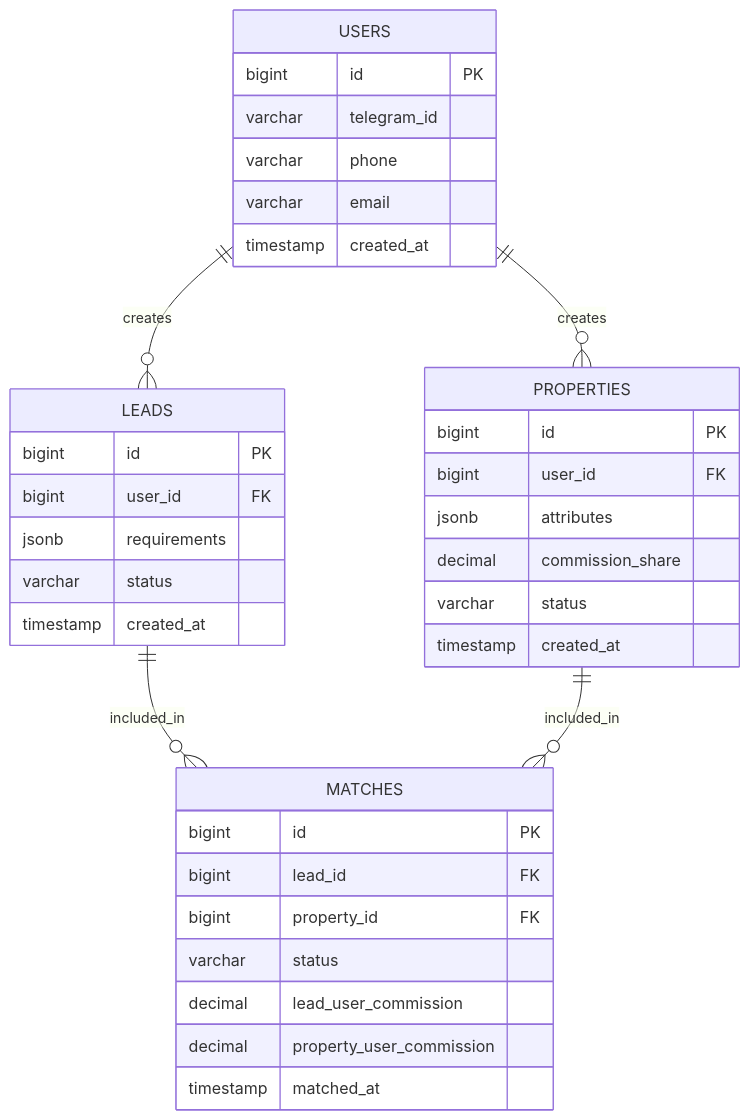
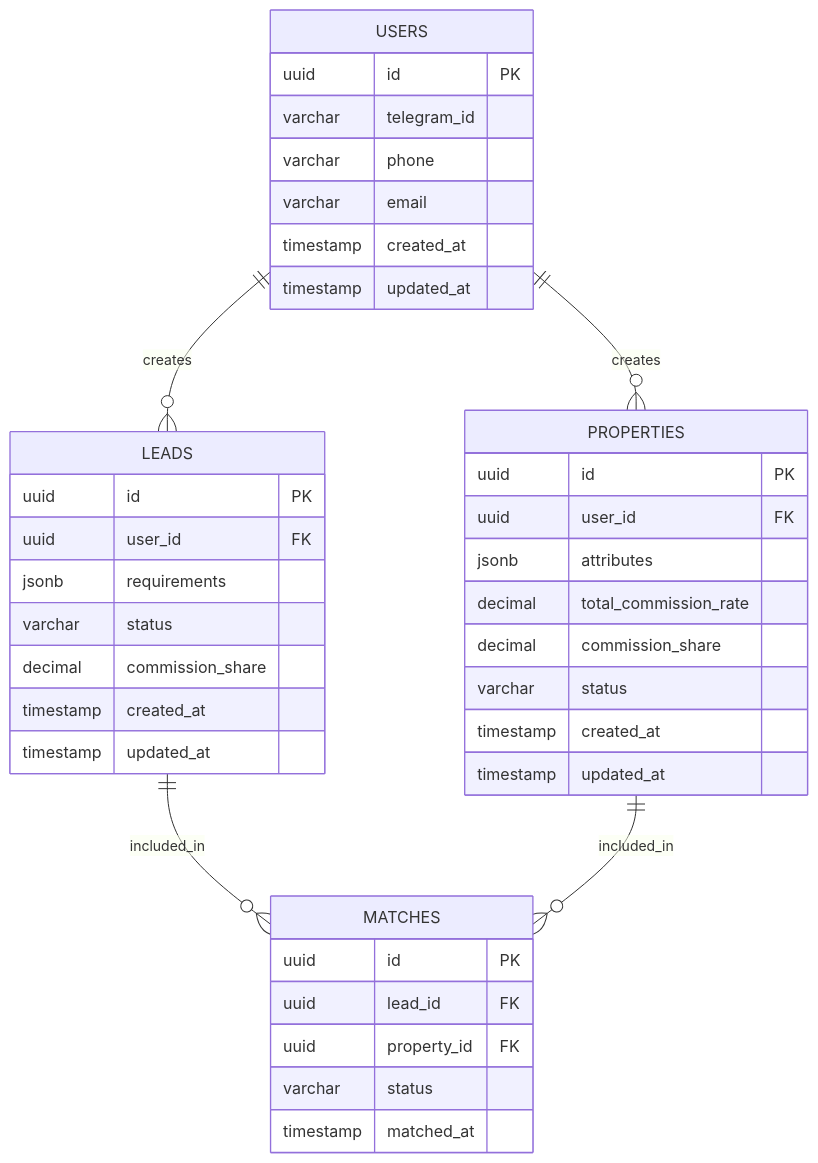
Before and after one commit to lead-exchange/docs: the sixth of 6 diagrams in design/architecture.md, drawn with Mermaid. The commit also changed other lines of this file and 1 other file, not shown here.

Commit message:
fix(architecture): внесла правки согласно тредам и обсуждениям на синке

````diff
--- a/design/architecture.md
+++ b/design/architecture.md
@@ -146,42 +202,45 @@
 ```mermaid
 erDiagram
     USERS ||--o{ LEADS : creates
     USERS ||--o{ PROPERTIES : creates
     LEADS ||--o{ MATCHES : included_in
     PROPERTIES ||--o{ MATCHES : included_in
     
     USERS {
-        bigint id PK
+        uuid id PK
         varchar telegram_id
         varchar phone
         varchar email
         timestamp created_at
+        timestamp updated_at
     }
     
     LEADS {
-        bigint id PK
-        bigint user_id FK
+        uuid id PK
+        uuid user_id FK
         jsonb requirements
         varchar status
+        decimal commission_share
         timestamp created_at
+        timestamp updated_at
     }
     
     PROPERTIES {
-        bigint id PK
-        bigint user_id FK
+        uuid id PK
+        uuid user_id FK
         jsonb attributes
+        decimal total_commission_rate
         decimal commission_share
         varchar status
         timestamp created_at
+        timestamp updated_at
     }
     
     MATCHES {
-        bigint id PK
-        bigint lead_id FK
-        bigint property_id FK
+        uuid id PK
+        uuid lead_id FK
+        uuid property_id FK
         varchar status
-        decimal lead_user_commission
-        decimal property_user_commission
         timestamp matched_at
     }
 ```
````
